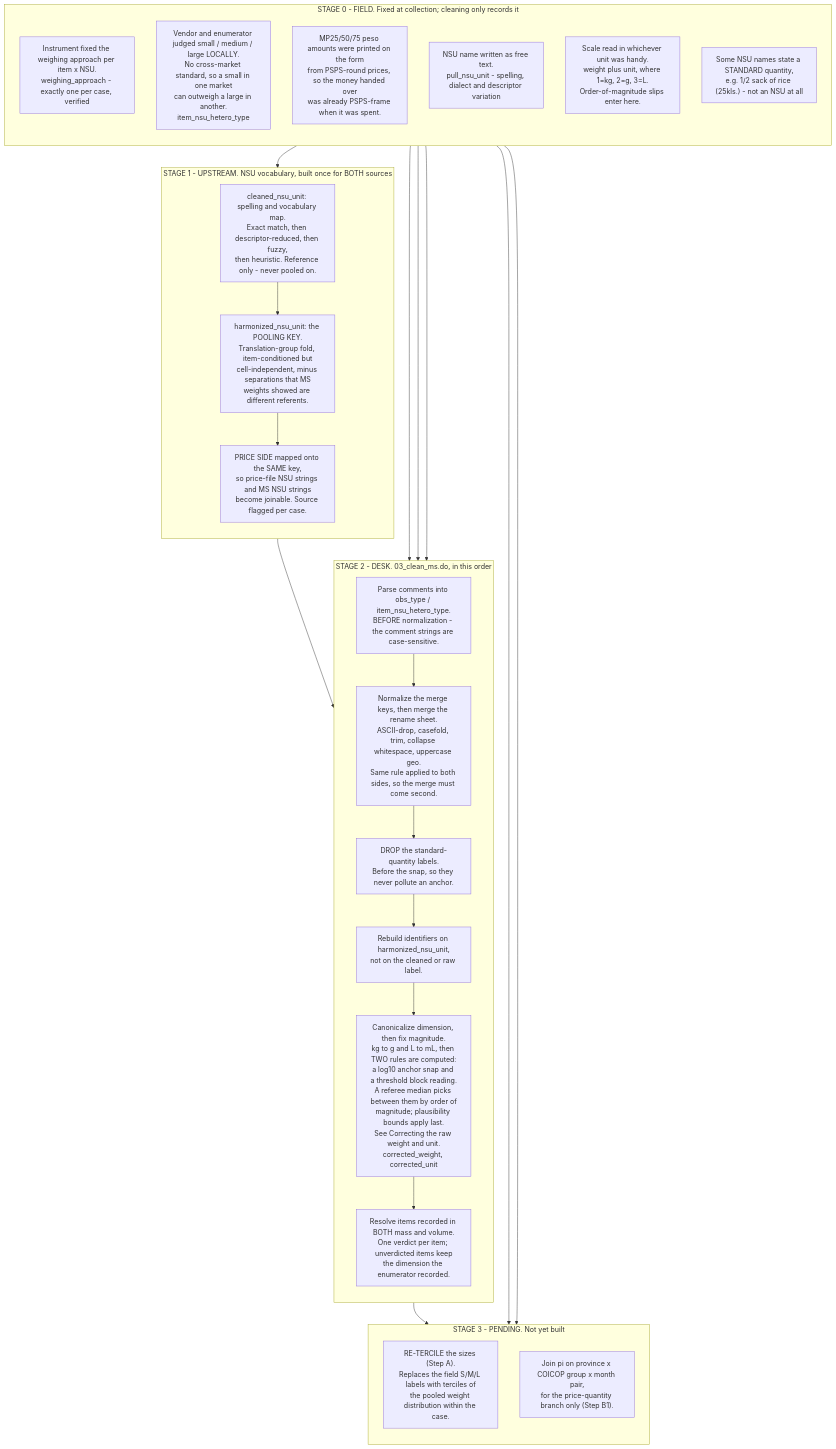
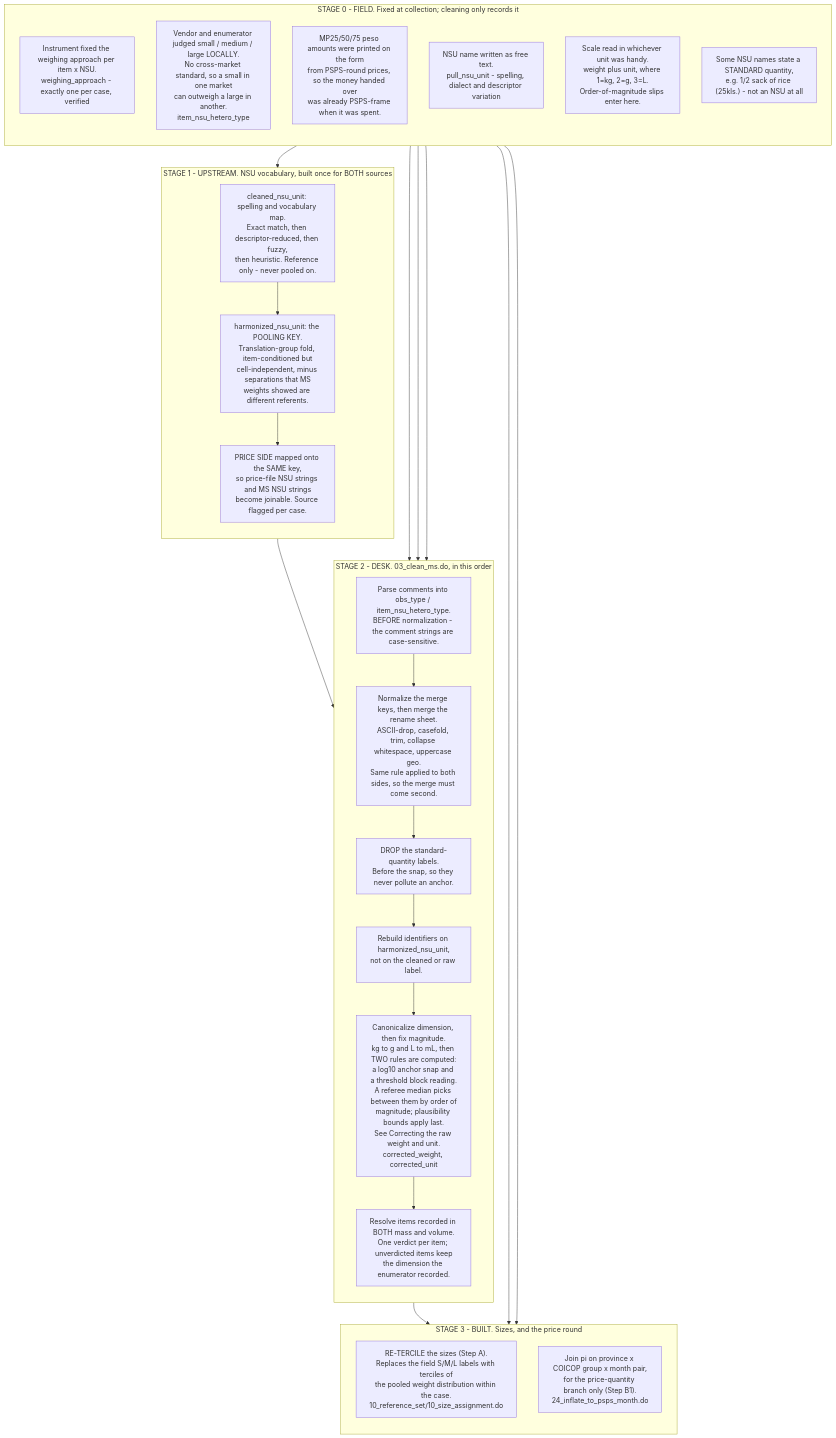
The second of 2 diagrams in docs/conversion_factor_methodology.md (Shineyang03/nsu-market-survey-cleaning), drawn with Mermaid before and after one commit. The commit also changed other lines of this file and 9 other files, not shown here.

````diff
--- a/docs/conversion_factor_methodology.md
+++ b/docs/conversion_factor_methodology.md
@@ -152,46 +154,46 @@
 ```mermaid
 flowchart TB
     subgraph FIELD["STAGE 0 - FIELD. Fixed at collection; cleaning only records it"]
         direction TB
         F1["Instrument fixed the weighing approach per item x NSU.<br/>weighing_approach - exactly one per case, verified"]
         F2["Vendor and enumerator judged small / medium / large LOCALLY.<br/>No cross-market standard, so a small in one market<br/>can outweigh a large in another.<br/>item_nsu_hetero_type"]
         F3["MP25/50/75 peso amounts were printed on the form<br/>from PSPS-round prices, so the money handed over<br/>was already PSPS-frame when it was spent."]
         F4["NSU name written as free text.<br/>pull_nsu_unit - spelling, dialect and descriptor variation"]
         F5["Scale read in whichever unit was handy.<br/>weight plus unit, where 1=kg, 2=g, 3=L.<br/>Order-of-magnitude slips enter here."]
         F6["Some NSU names state a STANDARD quantity,<br/>e.g. 1/2 sack of rice (25kls.) - not an NSU at all"]
     end
 
     subgraph UP["STAGE 1 - UPSTREAM. NSU vocabulary, built once for BOTH sources"]
         direction TB
         U1["cleaned_nsu_unit: spelling and vocabulary map.<br/>Exact match, then descriptor-reduced, then fuzzy,<br/>then heuristic. Reference only - never pooled on."]
         U2["harmonized_nsu_unit: the POOLING KEY.<br/>Translation-group fold, item-conditioned but<br/>cell-independent, minus separations that MS<br/>weights showed are different referents."]
         U3["PRICE SIDE mapped onto the SAME key,<br/>so price-file NSU strings and MS NSU strings<br/>become joinable. Source flagged per case."]
         U1 --> U2 --> U3
     end
 
     subgraph DESK["STAGE 2 - DESK. 03_clean_ms.do, in this order"]
         direction TB
         D1["Parse comments into obs_type / item_nsu_hetero_type.<br/>BEFORE normalization - the comment strings are case-sensitive."]
         D2["Normalize the merge keys, then merge the rename sheet.<br/>ASCII-drop, casefold, trim, collapse whitespace, uppercase geo.<br/>Same rule applied to both sides, so the merge must come second."]
         D3["DROP the standard-quantity labels.<br/>Before the snap, so they never pollute an anchor."]
         D4["Rebuild identifiers on harmonized_nsu_unit,<br/>not on the cleaned or raw label."]
         D5["Canonicalize dimension, then fix magnitude.<br/>kg to g and L to mL, then TWO rules are computed:<br/>a log10 anchor snap and a threshold block reading.<br/>A referee median picks between them by order of<br/>magnitude; plausibility bounds apply last.<br/>See Correcting the raw weight and unit.<br/>corrected_weight, corrected_unit"]
         D6["Resolve items recorded in BOTH mass and volume.<br/>One verdict per item; unverdicted items keep<br/>the dimension the enumerator recorded."]
         D1 --> D2 --> D3 --> D4 --> D5 --> D6
     end
 
-    subgraph PEND["STAGE 3 - PENDING. Not yet built"]
+    subgraph PEND["STAGE 3 - BUILT. Sizes, and the price round"]
         direction TB
-        P1["RE-TERCILE the sizes (Step A).<br/>Replaces the field S/M/L labels with terciles of<br/>the pooled weight distribution within the case."]
-        P2["Join pi on province x COICOP group x month pair,<br/>for the price-quantity branch only (Step B1)."]
+        P1["RE-TERCILE the sizes (Step A).<br/>Replaces the field S/M/L labels with terciles of<br/>the pooled weight distribution within the case.<br/>10_reference_set/10_size_assignment.do"]
+        P2["Join pi on province x COICOP group x month pair,<br/>for the price-quantity branch only (Step B1).<br/>24_inflate_to_psps_month.do"]
     end
 
     F4 --> U1
     F6 --> D3
     F5 --> D5
     U3 --> D2
     F1 --> D1
     D6 --> P1
     F2 --> P1
     F3 --> P2
 ```
````
